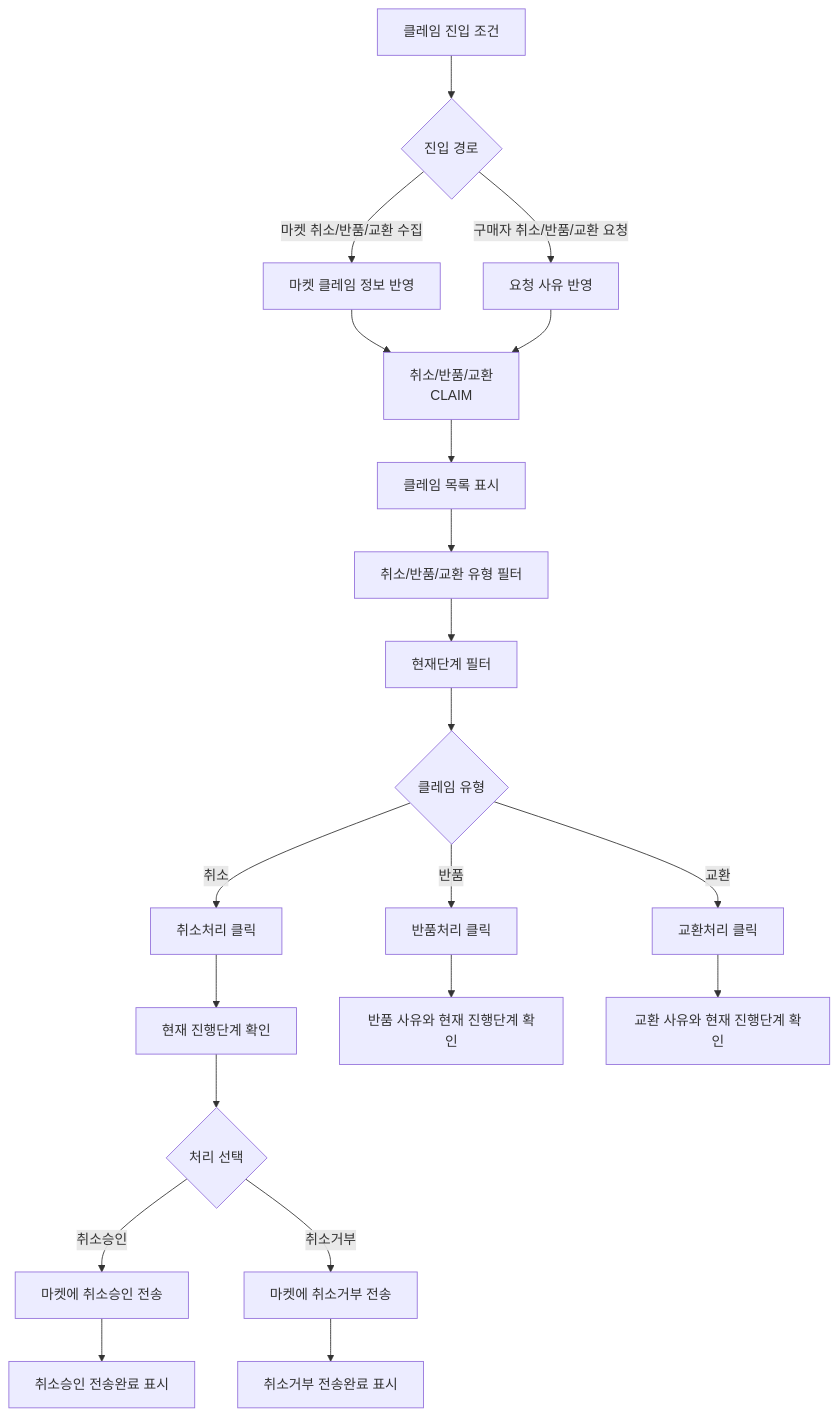
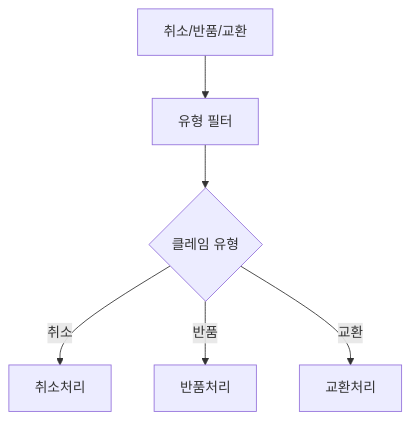
One commit to moonceo/Jmpp changed the fourth of 7 diagrams in docs/08_유저플로우/03_주문운영_보조흐름_유저플로우.md. Above: the diagram before and after it, drawn with Mermaid. The commit also changed other lines of this file and 71 other files, not shown here.

````diff
--- a/docs/08_유저플로우/03_주문운영_보조흐름_유저플로우.md
+++ b/docs/08_유저플로우/03_주문운영_보조흐름_유저플로우.md
@@ -62,24 +51,8 @@
 ```mermaid
 flowchart TD
-    A["클레임 진입 조건"] --> B{"진입 경로"}
-    B -->|"마켓 취소/반품/교환 수집"| C["마켓 클레임 정보 반영"]
-    B -->|"구매자 취소/반품/교환 요청"| D["요청 사유 반영"]
-
-    C --> E["취소/반품/교환<br/>CLAIM"]
-    D --> E
-    E --> F["클레임 목록 표시"]
-    F --> F1["취소/반품/교환 유형 필터"]
-    F1 --> F2["현재단계 필터"]
-    F2 --> G{"클레임 유형"}
-    G -->|"취소"| H["취소처리 클릭"]
-    H --> I["현재 진행단계 확인"]
-    I --> J{"처리 선택"}
-    J -->|"취소승인"| K["마켓에 취소승인 전송"]
-    J -->|"취소거부"| L["마켓에 취소거부 전송"]
-    K --> M["취소승인 전송완료 표시"]
-    L --> N["취소거부 전송완료 표시"]
-    G -->|"반품"| O["반품처리 클릭"]
-    G -->|"교환"| P["교환처리 클릭"]
-    O --> Q["반품 사유와 현재 진행단계 확인"]
-    P --> R["교환 사유와 현재 진행단계 확인"]
+    A["취소/반품/교환"] --> B["유형 필터"]
+    B --> C{"클레임 유형"}
+    C -->|"취소"| D["취소처리"]
+    C -->|"반품"| E["반품처리"]
+    C -->|"교환"| F["교환처리"]
 ```
````
